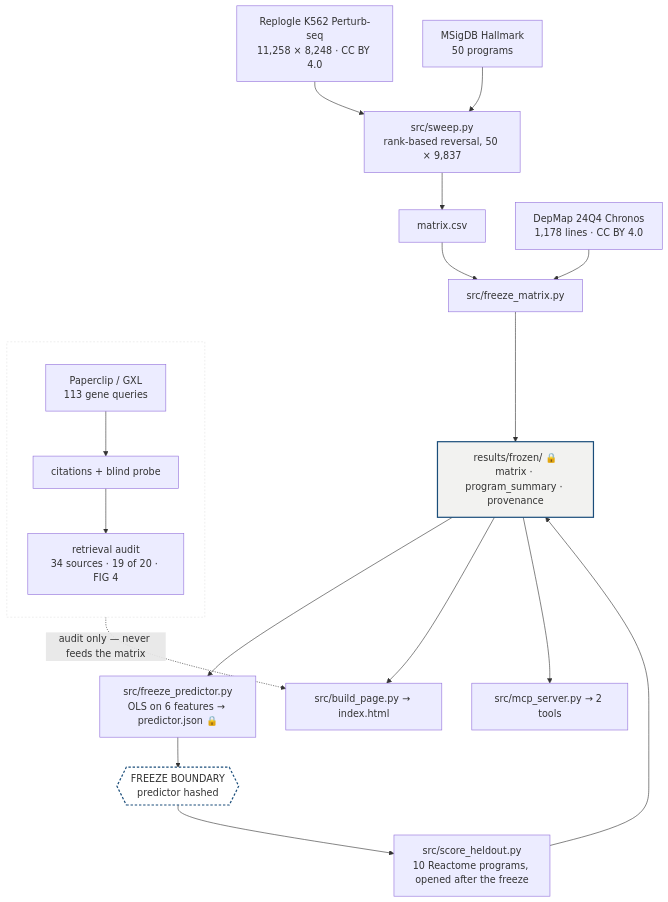
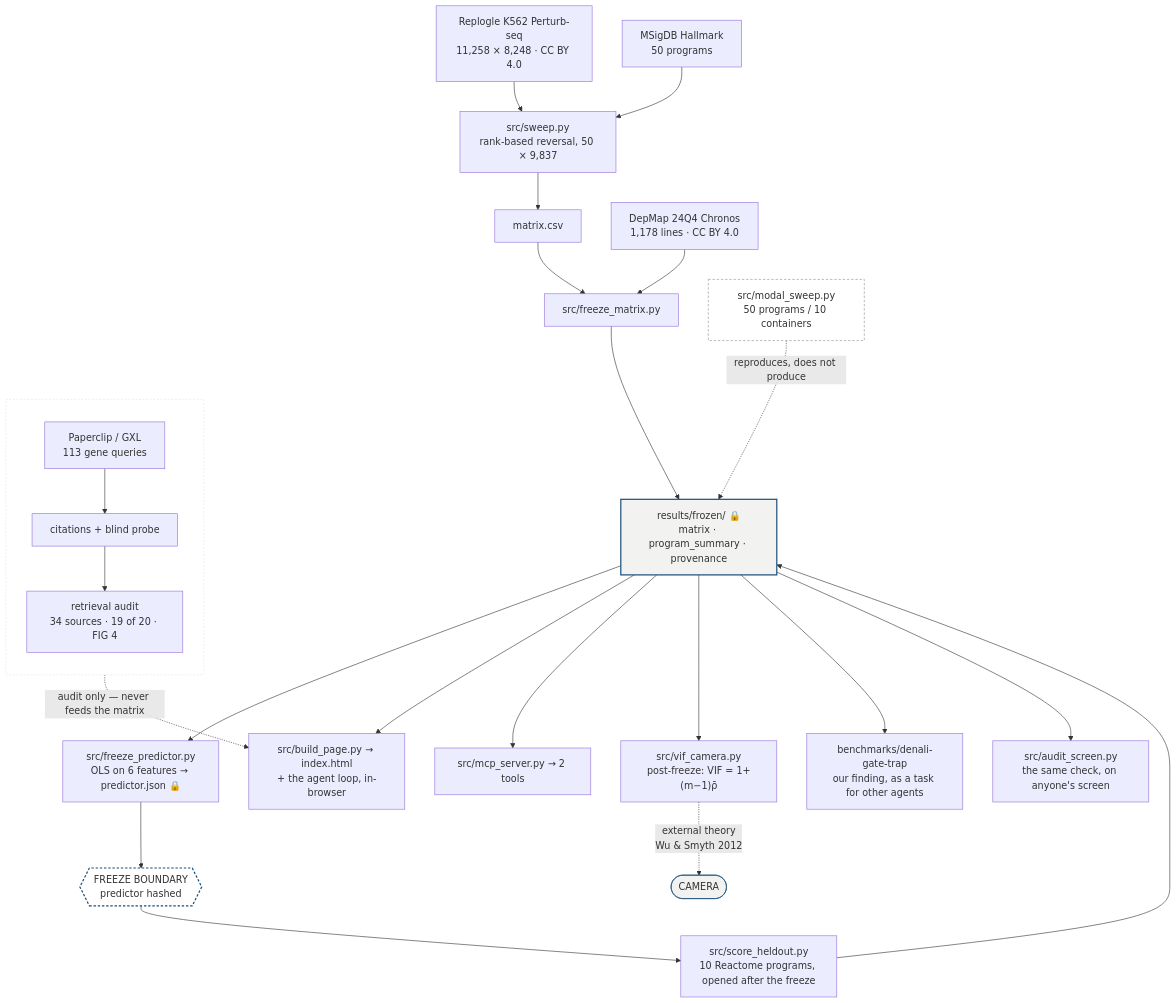
One commit to alejandro-publius/denali changed the diagram in README.md. Above: the diagram before and after it, drawn with Mermaid. The commit also changed other lines of this file and 2 other files, not shown here.

````diff
--- a/README.md
+++ b/README.md
@@ -48,31 +48,39 @@
 ```mermaid
 flowchart TB
   subgraph sub[" "]
     direction TB
     PC["Paperclip / GXL<br/>113 gene queries"] --> CIT["citations + blind probe"]
     CIT --> AUD["retrieval audit<br/>34 sources · 19 of 20 · FIG 4"]
   end
 
   REP["Replogle K562 Perturb-seq<br/>11,258 × 8,248 · CC BY 4.0"] --> SW
   GMT["MSigDB Hallmark<br/>50 programs"] --> SW
   SW["src/sweep.py<br/>rank-based reversal, 50 × 9,837"] --> MAT
 
   DEP["DepMap 24Q4 Chronos<br/>1,178 lines · CC BY 4.0"] --> FM
   MAT["matrix.csv"] --> FM["src/freeze_matrix.py"]
   FM --> FROZEN
 
   FROZEN["results/frozen/ 🔒<br/>matrix · program_summary · provenance"] --> PRED
   PRED["src/freeze_predictor.py<br/>OLS on 6 features → predictor.json 🔒"] --> FREEZE
 
   FREEZE{{"FREEZE BOUNDARY<br/>predictor hashed"}} --> HO
   HO["src/score_heldout.py<br/>10 Reactome programs, opened after the freeze"] --> FROZEN
 
-  FROZEN --> PAGE["src/build_page.py → index.html"]
+  FROZEN --> PAGE["src/build_page.py → index.html<br/>+ the agent loop, in-browser"]
   FROZEN --> MCP["src/mcp_server.py → 2 tools"]
+  FROZEN --> VIF["src/vif_camera.py<br/>post-freeze: VIF = 1+(m−1)ρ̄"]
+  FROZEN --> BENCH["benchmarks/denali-gate-trap<br/>our finding, as a task for other agents"]
+  FROZEN --> AUD2["src/audit_screen.py<br/>the same check, on anyone's screen"]
+
+  MOD["src/modal_sweep.py<br/>50 programs / 10 containers"] -.->|"reproduces, does not produce"| FROZEN
+  VIF -.->|"external theory<br/>Wu &amp; Smyth 2012"| CAM(["CAMERA"])
 
   AUD -.->|"audit only — never feeds the matrix"| PAGE
 
   style FROZEN fill:#f2f2f0,stroke:#1a4d7a,stroke-width:2px
   style FREEZE fill:#fff,stroke:#1a4d7a,stroke-width:2px,stroke-dasharray:4 3
   style sub fill:#fff,stroke:#e3e3e3,stroke-dasharray:3 3
+  style MOD fill:#fff,stroke:#8c8c89,stroke-dasharray:4 3
+  style CAM fill:#f2f2f0,stroke:#1a4d7a
 ```
````
